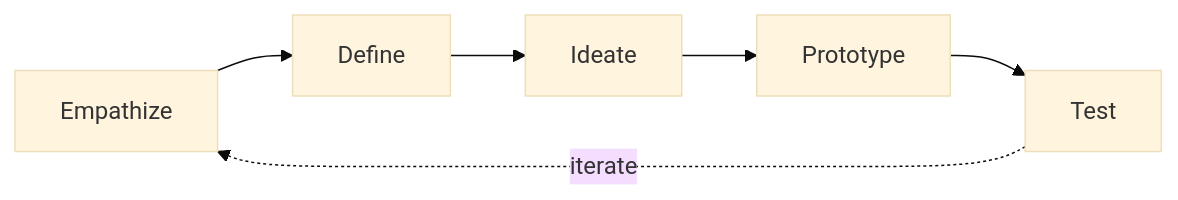
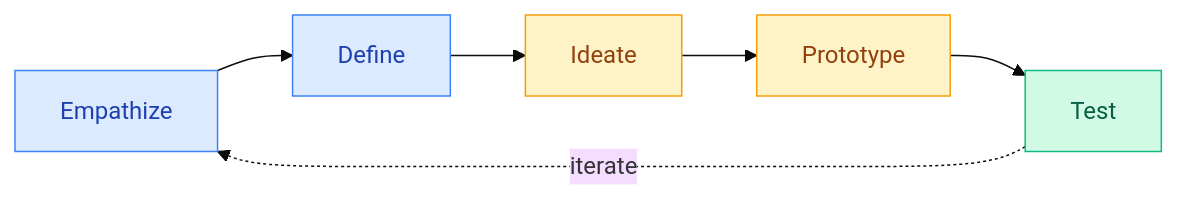
Before and after one commit to smileynet/ui-optimizer: the first of 2 diagrams in docs/product-design/explanation/design-thinking.md, drawn with Mermaid (base theme). The commit also changed other lines of this file and 8 other files, not shown here.

First line of the commit message:
feat: add diagram best practices and consistent styling

````diff
--- a/docs/product-design/explanation/design-thinking.md
+++ b/docs/product-design/explanation/design-thinking.md
@@ -15,5 +15,11 @@
 ```mermaid
 flowchart LR
-    E[Empathize] --> D[Define] --> I[Ideate] --> P[Prototype] --> T[Test]
+    classDef understand fill:#DBEAFE,stroke:#3B82F6,color:#1E40AF
+    classDef create fill:#FEF3C7,stroke:#F59E0B,color:#92400E
+    classDef validate fill:#D1FAE5,stroke:#10B981,color:#065F46
+    
+    E[Empathize]:::understand --> D[Define]:::understand
+    D --> I[Ideate]:::create --> P[Prototype]:::create
+    P --> T[Test]:::validate
     T -.->|iterate| E
 ```
````
